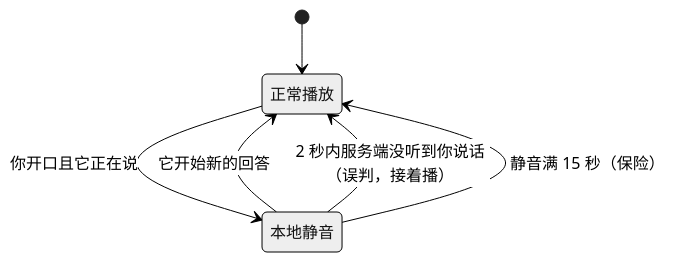
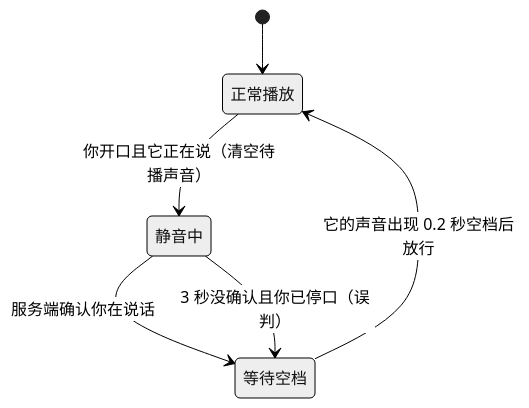
Before and after one commit to xrliAnnie/flywheel-qa-sandbox: the diagram in engineering/doc/FLY-2885-webrtc-voice-connection/d3.mmd, drawn with Mermaid (neutral theme). The commit also changed 6 other files, not shown here.

```diff
--- a/engineering/doc/FLY-2885-webrtc-voice-connection/d3.mmd
+++ b/engineering/doc/FLY-2885-webrtc-voice-connection/d3.mmd
@@ -1,6 +1,6 @@
 stateDiagram-v2
   [*] --> 正常播放
-  正常播放 --> 本地静音: 你开口且它正在说
-  本地静音 --> 正常播放: 它开始新的回答
-  本地静音 --> 正常播放: 2 秒内服务端没听到你说话（误判，接着播）
-  本地静音 --> 正常播放: 静音满 15 秒（保险）
+  正常播放 --> 静音中: 你开口且它正在说（清空待播声音）
+  静音中 --> 等待空档: 服务端确认你在说话
+  静音中 --> 等待空档: 3 秒没确认且你已停口（误判）
+  等待空档 --> 正常播放: 它的声音出现 0.2 秒空档后放行
```
